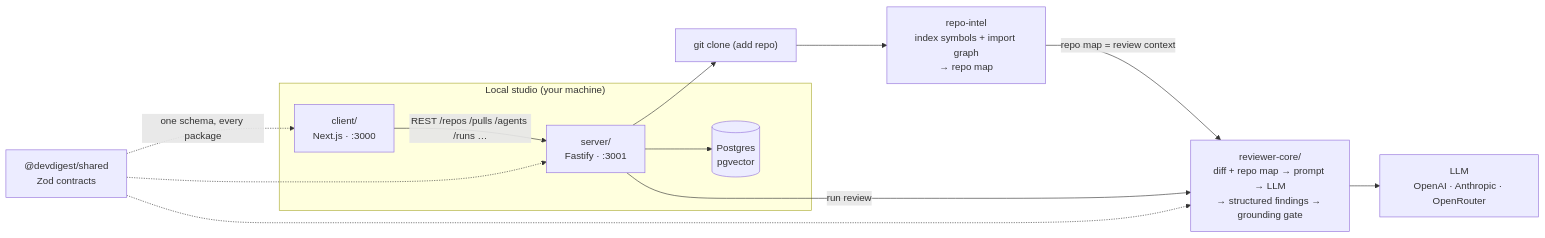
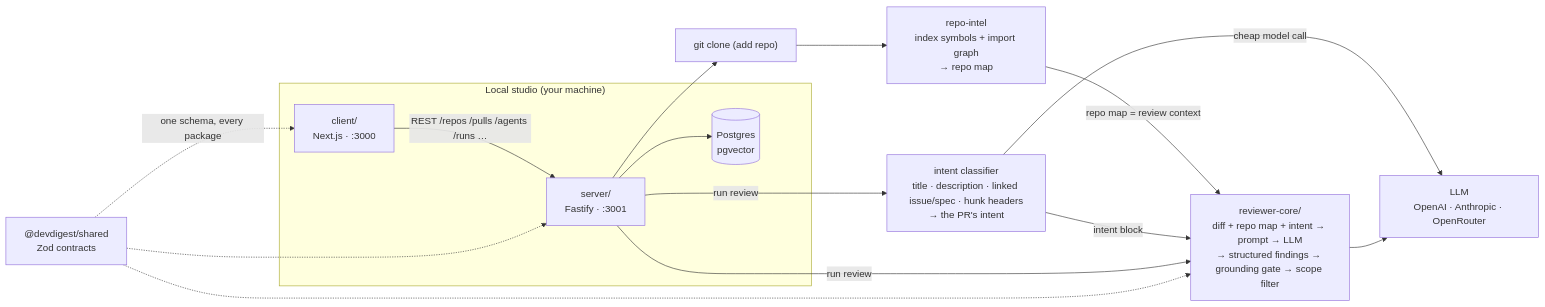
Before and after one commit to yrazub/dev-digest: the diagram in README.md, drawn with Mermaid. The commit also changed other lines of this file and 26 other files, not shown here.

````diff
--- a/README.md
+++ b/README.md
@@ -27,24 +27,28 @@
 ```mermaid
 flowchart LR
   subgraph Studio["Local studio (your machine)"]
     WEB["client/<br/>Next.js · :3000"]
     API["server/<br/>Fastify · :3001"]
     PG[("Postgres<br/>pgvector")]
     WEB -->|"REST /repos /pulls /agents /runs …"| API
     API --> PG
   end
 
   CLONE["git clone (add repo)"] --> INDEX["repo-intel<br/>index symbols + import graph<br/>→ repo map"]
   API --> CLONE
   INDEX -->|"repo map = review context"| ENGINE
 
-  ENGINE["reviewer-core/<br/>diff + repo map → prompt → LLM<br/>→ structured findings → grounding gate"]
+  INTENT["intent classifier<br/>title · description · linked issue/spec · hunk headers<br/>→ the PR's intent"]
+  ENGINE["reviewer-core/<br/>diff + repo map + intent → prompt → LLM<br/>→ structured findings → grounding gate → scope filter"]
   LLM["LLM<br/>OpenAI · Anthropic · OpenRouter"]
+  API -->|"run review"| INTENT
+  INTENT -->|"cheap model call"| LLM
+  INTENT -->|"intent block"| ENGINE
   API -->|"run review"| ENGINE
   ENGINE --> LLM
 
   SHARED["@devdigest/shared<br/>Zod contracts"]
   SHARED -.->|"one schema, every package"| WEB
   SHARED -.-> API
   SHARED -.-> ENGINE
 ```
````
